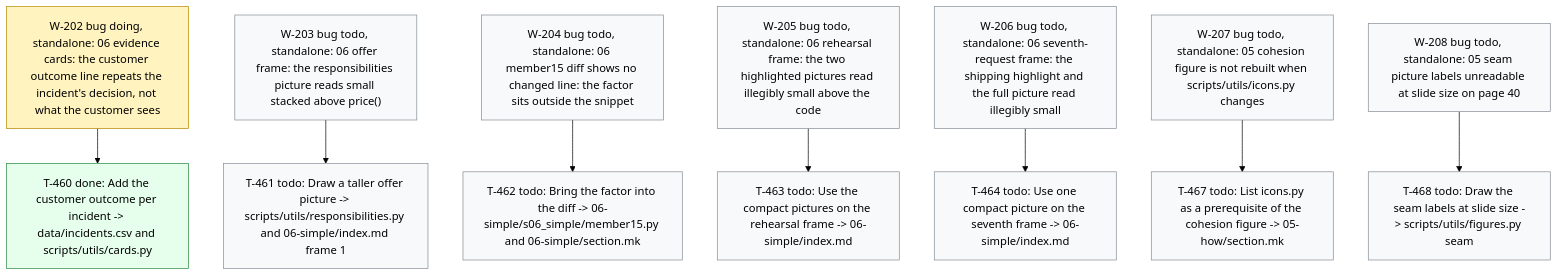
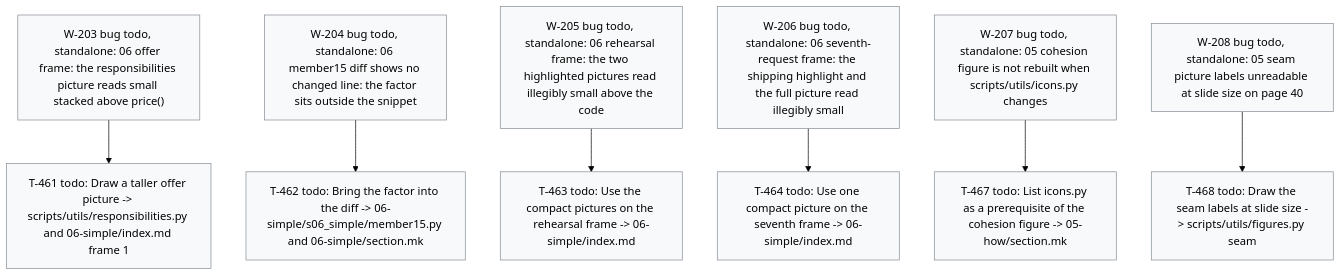
One commit to dpopchev/chaos-to-simple changed the diagram in .board/BOARD.md. Above: the diagram before and after it, drawn with Mermaid (forest theme). The commit also changed other lines of this file and 3 other files, not shown here.

````diff
--- a/.board/BOARD.md
+++ b/.board/BOARD.md
@@ -1196,25 +1201,21 @@
 ```mermaid
 flowchart TD
-  W202["W-202 bug doing, standalone: 06 evidence cards: the customer outcome line repeats the incident's decision, not what the customer sees"]
-  W202 --> T460["T-460 done: Add the customer outcome per incident -> data/incidents.csv and scripts/utils/cards.py"]
   W203["W-203 bug todo, standalone: 06 offer frame: the responsibilities picture reads small stacked above price()"]
   W203 --> T461["T-461 todo: Draw a taller offer picture -> scripts/utils/responsibilities.py and 06-simple/index.md frame 1"]
   W204["W-204 bug todo, standalone: 06 member15 diff shows no changed line: the factor sits outside the snippet"]
   W204 --> T462["T-462 todo: Bring the factor into the diff -> 06-simple/s06_simple/member15.py and 06-simple/section.mk"]
   W205["W-205 bug todo, standalone: 06 rehearsal frame: the two highlighted pictures read illegibly small above the code"]
   W205 --> T463["T-463 todo: Use the compact pictures on the rehearsal frame -> 06-simple/index.md"]
   W206["W-206 bug todo, standalone: 06 seventh-request frame: the shipping highlight and the full picture read illegibly small"]
   W206 --> T464["T-464 todo: Use one compact picture on the seventh frame -> 06-simple/index.md"]
   W207["W-207 bug todo, standalone: 05 cohesion figure is not rebuilt when scripts/utils/icons.py changes"]
   W207 --> T467["T-467 todo: List icons.py as a prerequisite of the cohesion figure -> 05-how/section.mk"]
   W208["W-208 bug todo, standalone: 05 seam picture labels unreadable at slide size on page 40"]
   W208 --> T468["T-468 todo: Draw the seam labels at slide size -> scripts/utils/figures.py seam"]
   classDef doing fill:#fff3bf,stroke:#b58900,color:#000;
   classDef blocked fill:#ffe3e3,stroke:#c92a2a,color:#000;
   classDef done fill:#e6ffed,stroke:#2b8a3e,color:#000;
   classDef todo fill:#f8f9fa,stroke:#868e96,color:#000;
   classDef pruned fill:#f1f3f5,stroke:#adb5bd,color:#000;
-  class W202 doing
-  class T460 done
   class W203,T461,W204,T462,W205,T463,W206,T464,W207,T467,W208,T468 todo
 ```
````
